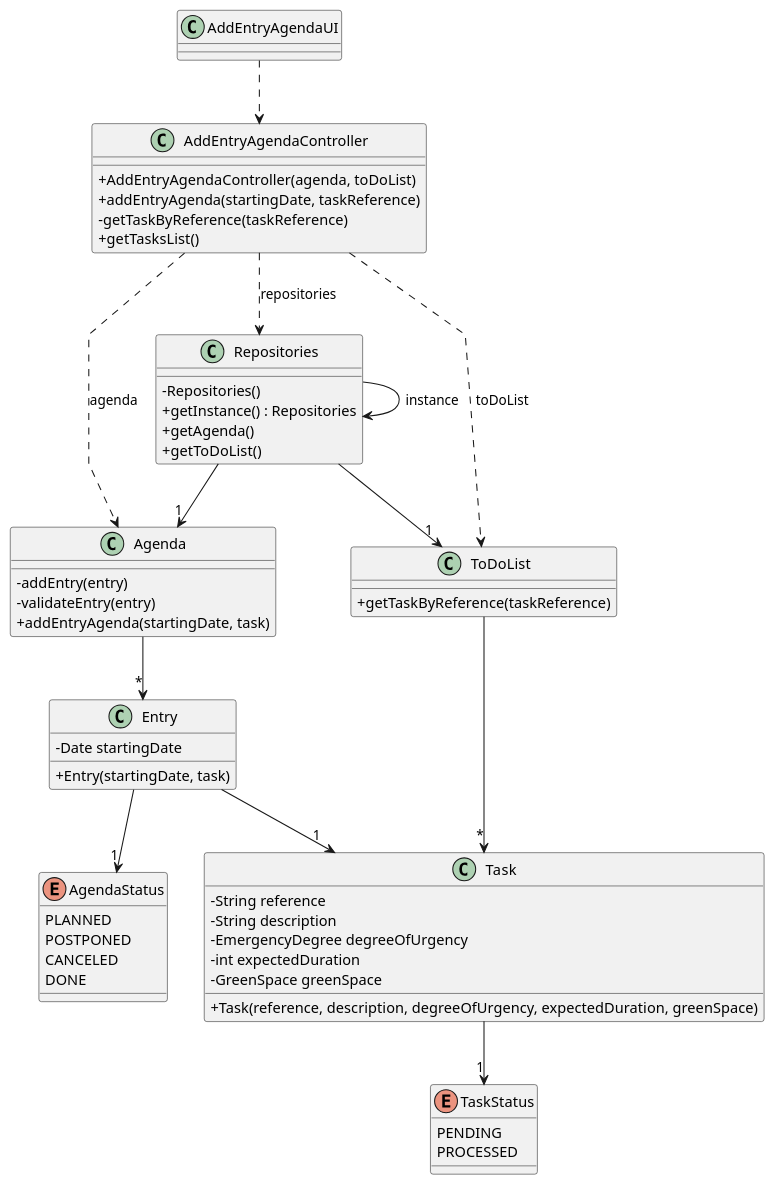
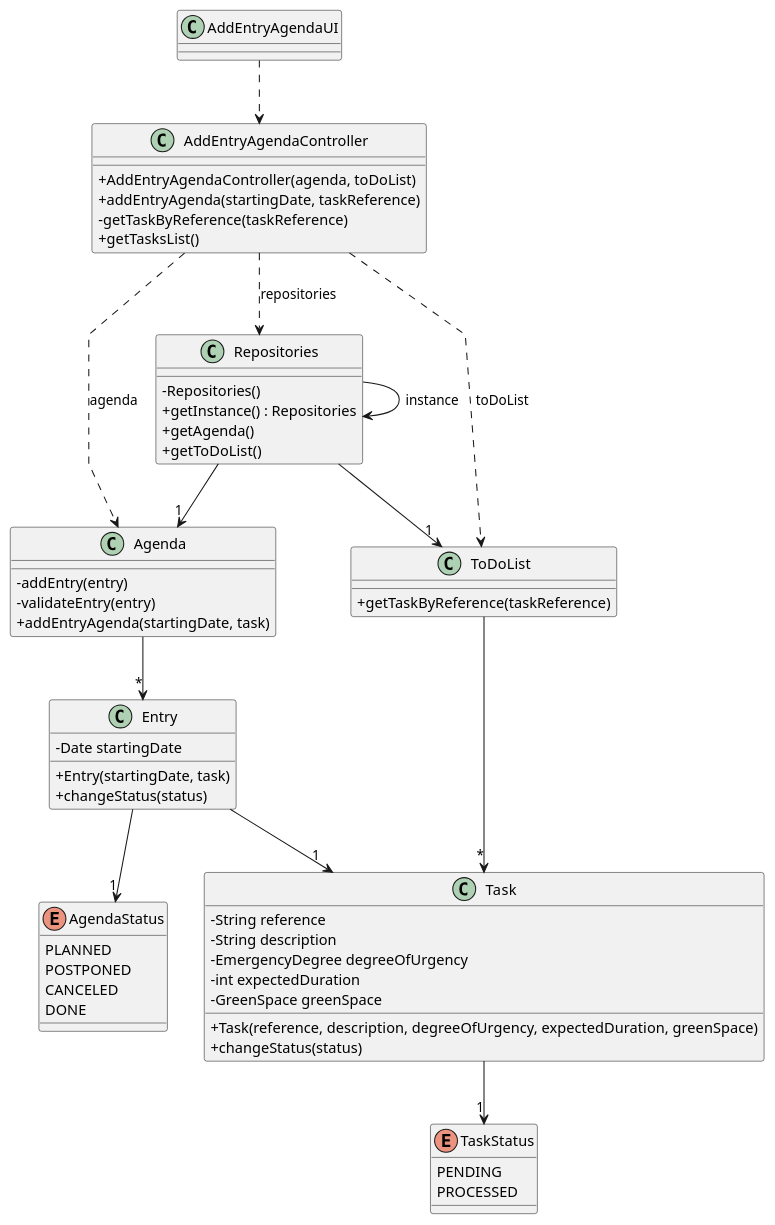
The diagram in docs/sprintA&B&C/us022/03.design/puml/us022-class-diagram.puml (daniel41silva05/ISEP_2023_2024_LAPR2), drawn with PlantUML before and after one commit. The commit also changed 2 other files, not shown here.

Commit message:
US22 - corrections to the class diagram #10

```diff
--- a/docs/sprintA&B&C/us022/03.design/puml/us022-class-diagram.puml
+++ b/docs/sprintA&B&C/us022/03.design/puml/us022-class-diagram.puml
@@ -1,78 +1,80 @@
 @startuml
 'skinparam monochrome true
 skinparam packageStyle rectangle
 skinparam shadowing false
 skinparam linetype polyline
 'skinparam linetype orto
 
 skinparam classAttributeIconSize 0
 
 'left to right direction
 
 class AddEntryAgendaUI {
 }
 
 class AddEntryAgendaController {
     +AddEntryAgendaController(agenda, toDoList)
     +addEntryAgenda(startingDate, taskReference)
     -getTaskByReference(taskReference)
     +getTasksList()
 }
 
 class Agenda {
     -addEntry(entry)
     -validateEntry(entry)
     +addEntryAgenda(startingDate, task)
 }
 
 class Entry {
     -Date startingDate
     +Entry(startingDate, task)
+    +changeStatus(status)
 }
 
 class ToDoList {
     +getTaskByReference(taskReference)
 }
 
 class Task {
     -String reference
     -String description
     -EmergencyDegree degreeOfUrgency
     -int expectedDuration
     -GreenSpace greenSpace
     +Task(reference, description, degreeOfUrgency, expectedDuration, greenSpace)
+    +changeStatus(status)
 }
 
 class Repositories {
     - Repositories()
     + getInstance() : Repositories
     + getAgenda()
     + getToDoList()
 }
 
 enum AgendaStatus {
     PLANNED
     POSTPONED
     CANCELED
     DONE
 }
 
 enum TaskStatus {
     PENDING
     PROCESSED
 }
 
 AddEntryAgendaUI ..> AddEntryAgendaController
 AddEntryAgendaController ..> Repositories: repositories
 AddEntryAgendaController ..> Agenda: agenda
 AddEntryAgendaController ..> ToDoList: toDoList
 Repositories --> Repositories: instance
 Repositories --> "1" Agenda
 Repositories --> "1" ToDoList
 Agenda --> "*" Entry
 ToDoList --> "*" Task
 Entry --> "1" Task
 Entry --> "1" AgendaStatus
 Task --> "1" TaskStatus
 
 @enduml
```
